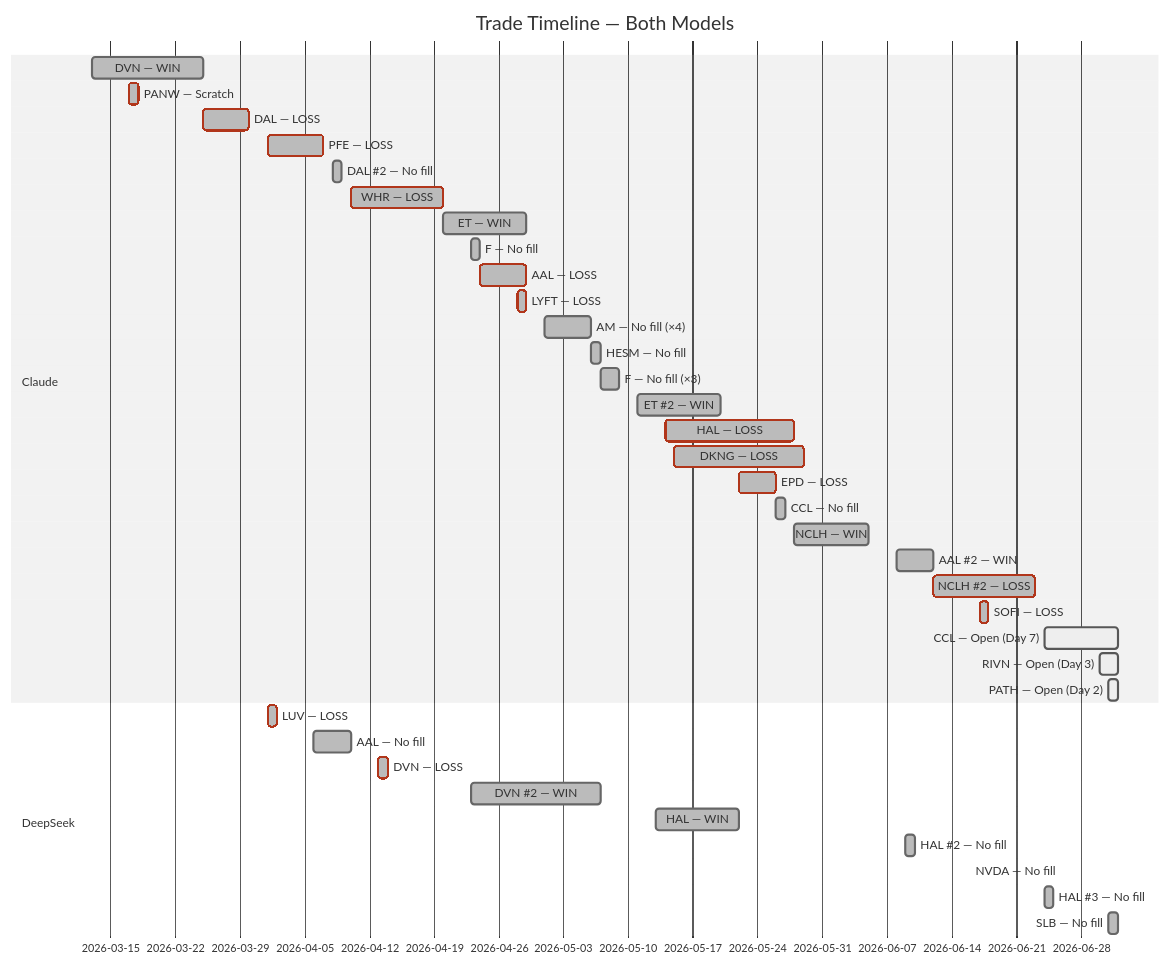
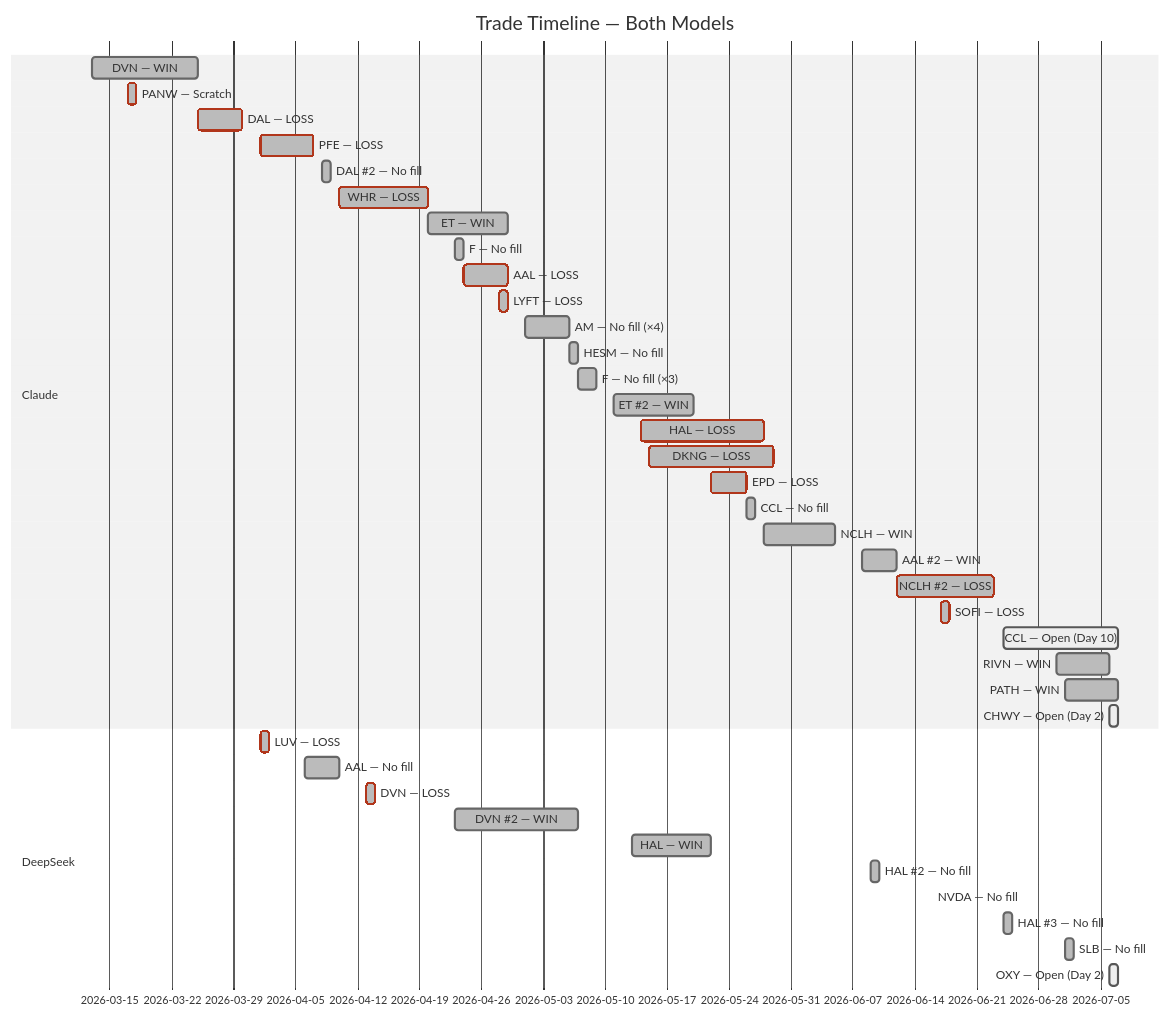
Before and after one commit to zachisit/ai-auto-buy-thesis: the fifth of 5 diagrams in README.md, drawn with Mermaid (neutral theme). The commit also changed other lines of this file and 4 other files, not shown here.

````diff
--- a/README.md
+++ b/README.md
@@ -63,41 +63,43 @@
 ```mermaid
 gantt
     title Trade Timeline — Both Models
     dateFormat YYYY-MM-DD
     section Claude
     DVN — WIN            :done,    2026-03-13, 2026-03-25
     PANW — Scratch       :crit, done, 2026-03-17, 2026-03-18
     DAL — LOSS           :crit, done, 2026-03-25, 2026-03-30
     PFE — LOSS           :crit, done, 2026-04-01, 2026-04-07
     DAL #2 — No fill     :done,    2026-04-08, 2026-04-09
     WHR — LOSS           :crit, done, 2026-04-10, 2026-04-20
     ET — WIN             :done,    2026-04-20, 2026-04-29
     F — No fill          :done,    2026-04-23, 2026-04-24
     AAL — LOSS           :crit, done, 2026-04-24, 2026-04-29
     LYFT — LOSS          :crit, done, 2026-04-28, 2026-04-29
     AM — No fill (×4)    :done,    2026-05-01, 2026-05-06
     HESM — No fill       :done,    2026-05-06, 2026-05-07
     F — No fill (×3)     :done,    2026-05-07, 2026-05-09
     ET #2 — WIN          :done,    2026-05-11, 2026-05-20
     HAL — LOSS           :crit, done, 2026-05-14, 2026-05-28
     DKNG — LOSS          :crit, done, 2026-05-15, 2026-05-29
     EPD — LOSS           :crit, done, 2026-05-22, 2026-05-26
     CCL — No fill        :done,    2026-05-26, 2026-05-27
     NCLH — WIN           :done,    2026-05-28, 2026-06-05
     AAL #2 — WIN         :done,    2026-06-08, 2026-06-12
     NCLH #2 — LOSS       :crit, done, 2026-06-12, 2026-06-23
     SOFI — LOSS          :crit, done, 2026-06-17, 2026-06-18
-    CCL — Open (Day 7)   :active,  2026-06-24, 2026-07-02
-    RIVN — Open (Day 3)  :active,  2026-06-30, 2026-07-02
-    PATH — Open (Day 2)  :active,  2026-07-01, 2026-07-02
+    CCL — Open (Day 10)  :active,  2026-06-24, 2026-07-07
+    RIVN — WIN           :done,    2026-06-30, 2026-07-06
+    PATH — WIN           :done,    2026-07-01, 2026-07-07
+    CHWY — Open (Day 2)  :active,  2026-07-06, 2026-07-07
     section DeepSeek
     LUV — LOSS           :crit, done, 2026-04-01, 2026-04-02
     AAL — No fill        :done,    2026-04-06, 2026-04-10
     DVN — LOSS           :crit, done, 2026-04-13, 2026-04-14
     DVN #2 — WIN         :done,    2026-04-23, 2026-05-07
     HAL — WIN            :done,    2026-05-13, 2026-05-22
     HAL #2 — No fill    :done,    2026-06-09, 2026-06-10
     NVDA — No fill      :done,    2026-06-16, 2026-06-16
     HAL #3 — No fill    :done,    2026-06-24, 2026-06-25
     SLB — No fill        :done,    2026-07-01, 2026-07-02
+    OXY — Open (Day 2)   :active,  2026-07-06, 2026-07-07
 ```
````
